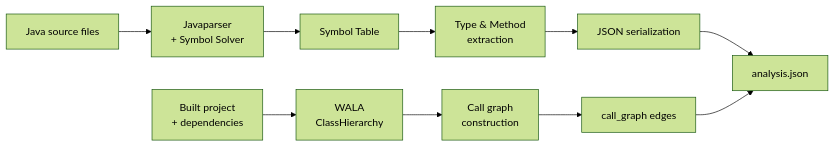
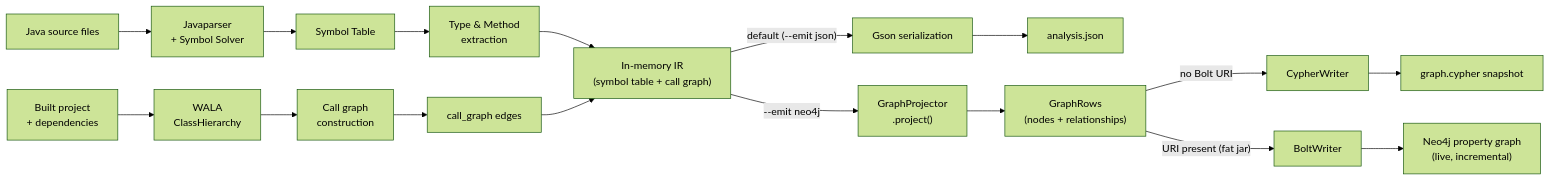
The diagram in src/content/docs/guides/architecture.mdx (codellm-devkit/codeanalyzer-java), drawn with Mermaid (forest theme) before and after one commit. The commit also changed other lines of this file and 19 other files, not shown here.

First line of the commit message:
docs: document Neo4j property-graph output (scale, Kubernetes, enterprise)

````diff
--- a/src/content/docs/guides/architecture.mdx
+++ b/src/content/docs/guides/architecture.mdx
@@ -12,13 +12,22 @@
 ```mermaid
 graph LR
     A["Java source files"] --> B["Javaparser<br/>+ Symbol Solver"]
     B --> C["Symbol Table"]
     C --> D["Type & Method<br/>extraction"]
-    D --> E["JSON serialization"]
-    E --> F["analysis.json"]
+    D --> IR["In-memory IR<br/>(symbol table + call graph)"]
 
     G["Built project<br/>+ dependencies"] --> H["WALA<br/>ClassHierarchy"]
     H --> I["Call graph<br/>construction"]
     I --> J["call_graph edges"]
-    J --> F
+    J --> IR
+
+    IR -->|"default (--emit json)"| E["Gson serialization"]
+    E --> F["analysis.json"]
+
+    IR -->|"--emit neo4j"| GP["GraphProjector<br/>.project()"]
+    GP --> GR["GraphRows<br/>(nodes + relationships)"]
+    GR -->|"no Bolt URI"| CW["CypherWriter"]
+    CW --> SNAP["graph.cypher snapshot"]
+    GR -->|"URI present (fat jar)"| BW["BoltWriter"]
+    BW --> N4J["Neo4j property graph<br/>(live, incremental)"]
 ```
````
